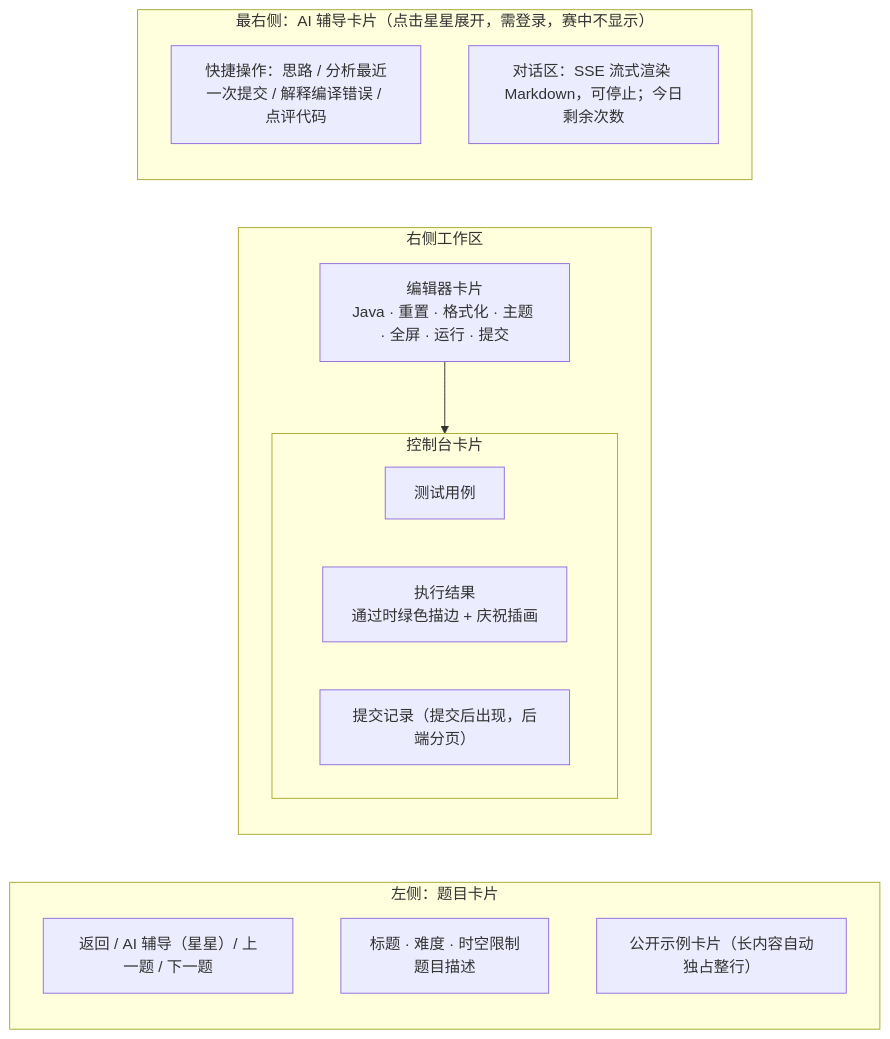
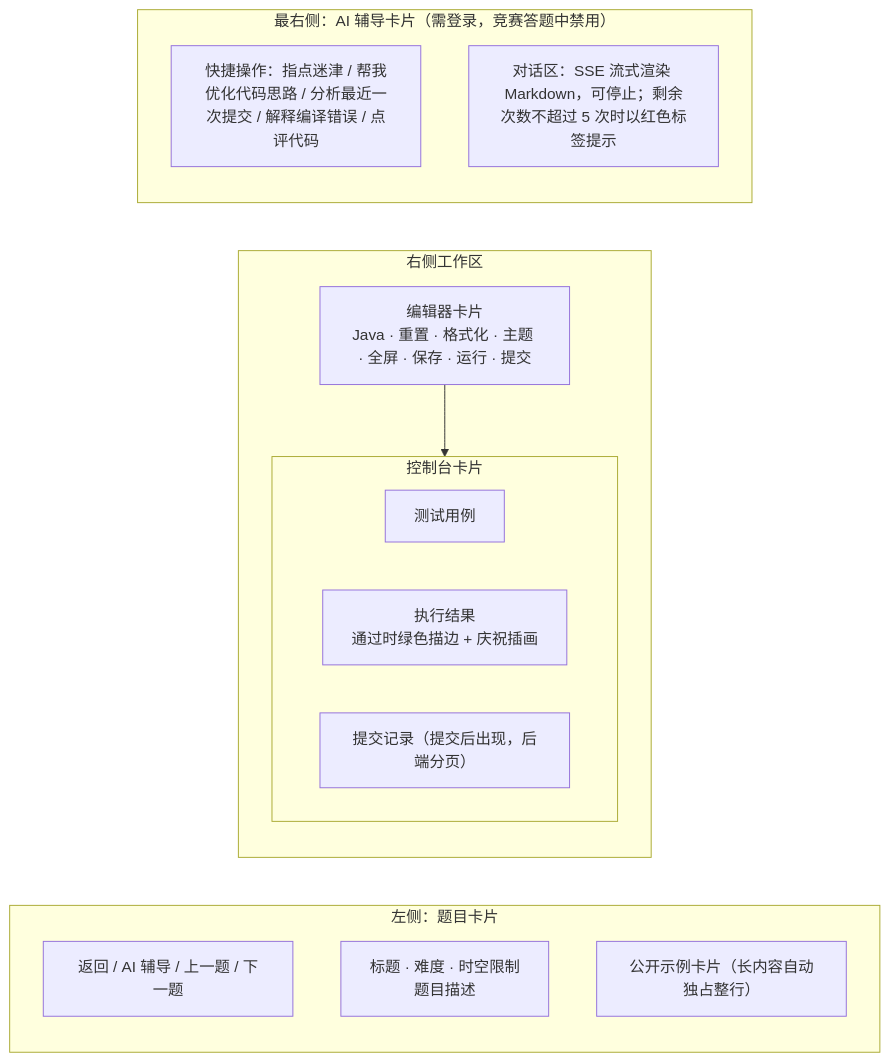
Before and after one commit to pluchon/online_oj_vue: the ninth of 14 diagrams in README.md, drawn with Mermaid. The commit also changed other lines of this file and 14 other files, not shown here.

````diff
--- a/README.md
+++ b/README.md
@@ -205,21 +226,21 @@
 ```mermaid
 flowchart LR
     subgraph Left["左侧：题目卡片"]
-        Nav["返回 / AI 辅导（星星）/ 上一题 / 下一题"]
+        Nav["返回 / AI 辅导 / 上一题 / 下一题"]
         Desc["标题 · 难度 · 时空限制<br/>题目描述"]
         Samples["公开示例卡片（长内容自动独占整行）"]
     end
     subgraph Right["右侧工作区"]
-        Editor["编辑器卡片<br/>Java · 重置 · 格式化 · 主题 · 全屏 · 运行 · 提交"]
+        Editor["编辑器卡片<br/>Java · 重置 · 格式化 · 主题 · 全屏 · 保存 · 运行 · 提交"]
         subgraph Console["控制台卡片"]
             TabCase["测试用例"]
             TabResult["执行结果<br/>通过时绿色描边 + 庆祝插画"]
             TabHistory["提交记录（提交后出现，后端分页）"]
         end
     end
-    subgraph Tutor["最右侧：AI 辅导卡片（点击星星展开，需登录，赛中不显示）"]
-        Quick["快捷操作：思路 / 分析最近一次提交 / 解释编译错误 / 点评代码"]
-        Chat["对话区：SSE 流式渲染 Markdown，可停止；今日剩余次数"]
+    subgraph Tutor["最右侧：AI 辅导卡片（需登录，竞赛答题中禁用）"]
+        Quick["快捷操作：指点迷津 / 帮我优化代码思路 / 分析最近一次提交 / 解释编译错误 / 点评代码"]
+        Chat["对话区：SSE 流式渲染 Markdown，可停止；剩余次数不超过 5 次时以红色标签提示"]
     end
     Editor --> Console
 ```
````
